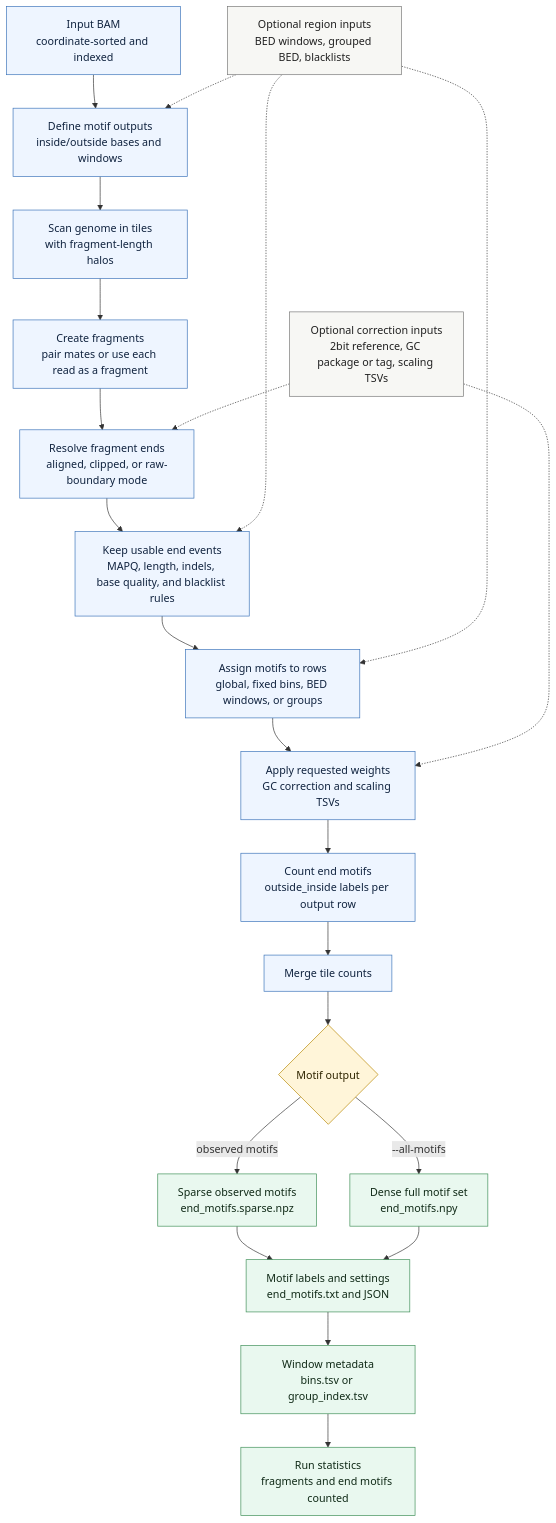
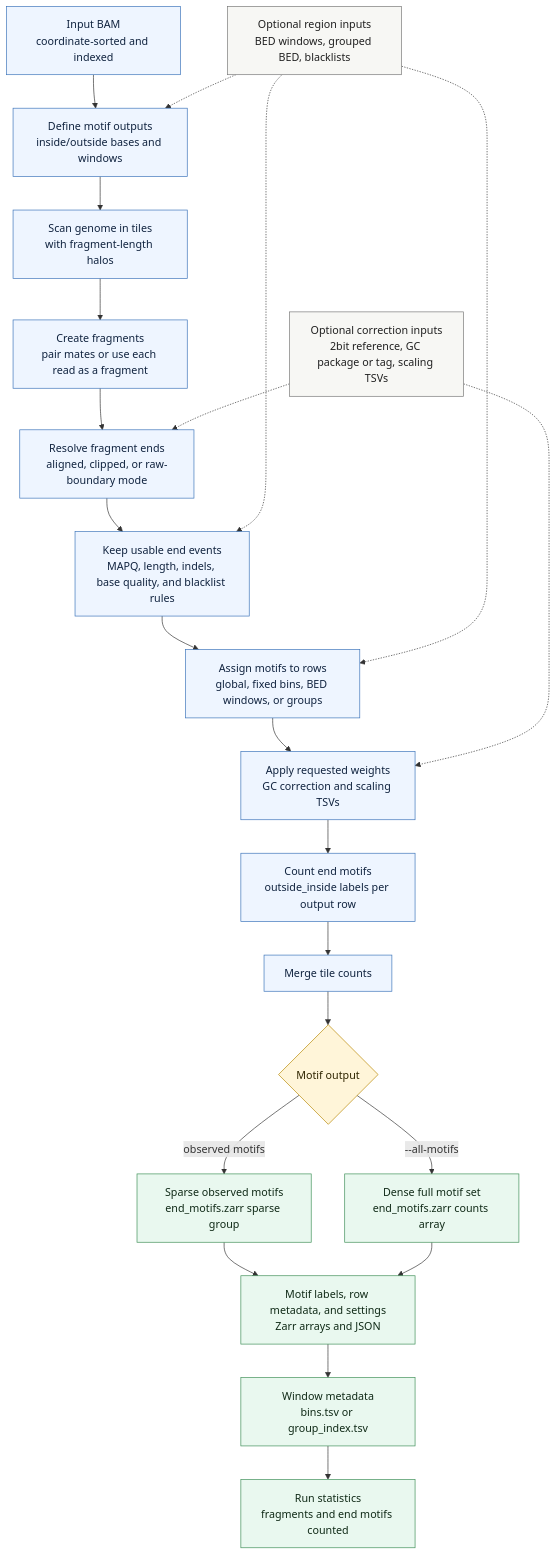
The diagram in .AI/docs/command_pipelines/ends.md (BesenbacherLab/cfDNAlab), drawn with Mermaid before and after one commit. The commit also changed other lines of this file and 29 other files, not shown here.

````diff
--- a/.AI/docs/command_pipelines/ends.md
+++ b/.AI/docs/command_pipelines/ends.md
@@ -7,45 +7,45 @@
 ```mermaid
 flowchart TD
     input["Input BAM<br/>coordinate-sorted and indexed"]
     setup["Define motif outputs<br/>inside/outside bases and windows"]
     tiles["Scan genome in tiles<br/>with fragment-length halos"]
     fragments["Create fragments<br/>pair mates or use each read as a fragment"]
     ends["Resolve fragment ends<br/>aligned, clipped, or raw-boundary mode"]
     filters["Keep usable end events<br/>MAPQ, length, indels, base quality, and blacklist rules"]
     windows["Assign motifs to rows<br/>global, fixed bins, BED windows, or groups"]
     weights["Apply requested weights<br/>GC correction and scaling TSVs"]
     count["Count end motifs<br/>outside_inside labels per output row"]
     merge["Merge tile counts"]
     output_choice{"Motif output"}
-    sparse["Sparse observed motifs<br/>end_motifs.sparse.npz"]
-    dense["Dense full motif set<br/>end_motifs.npy"]
-    labels["Motif labels and settings<br/>end_motifs.txt and JSON"]
+    sparse["Sparse observed motifs<br/>end_motifs.zarr sparse group"]
+    dense["Dense full motif set<br/>end_motifs.zarr counts array"]
+    labels["Motif labels, row metadata, and settings<br/>Zarr arrays and JSON"]
     metadata["Window metadata<br/>bins.tsv or group_index.tsv"]
     stats["Run statistics<br/>fragments and end motifs counted"]
 
     region_inputs["Optional region inputs<br/>BED windows, grouped BED, blacklists"]
     correction_inputs["Optional correction inputs<br/>2bit reference, GC package or tag, scaling TSVs"]
 
     input --> setup --> tiles --> fragments --> ends --> filters --> windows --> weights --> count --> merge --> output_choice
     output_choice -- "observed motifs" --> sparse
     output_choice -- "--all-motifs" --> dense
     sparse --> labels
     dense --> labels
     labels --> metadata --> stats
 
     region_inputs -.-> setup
     region_inputs -.-> filters
     region_inputs -.-> windows
     correction_inputs -.-> ends
     correction_inputs -.-> weights
 
     classDef core fill:#eef5ff,stroke:#3b73b9,color:#10233f;
     classDef optional fill:#f7f7f4,stroke:#777,color:#202020;
     classDef decision fill:#fff5d9,stroke:#b88700,color:#2f2500;
     classDef outputClass fill:#e9f8ef,stroke:#3e8f57,color:#102a17;
 
     class input,setup,tiles,fragments,ends,filters,windows,weights,count,merge core;
     class region_inputs,correction_inputs optional;
     class output_choice decision;
     class sparse,dense,labels,metadata,stats outputClass;
 ```
````
